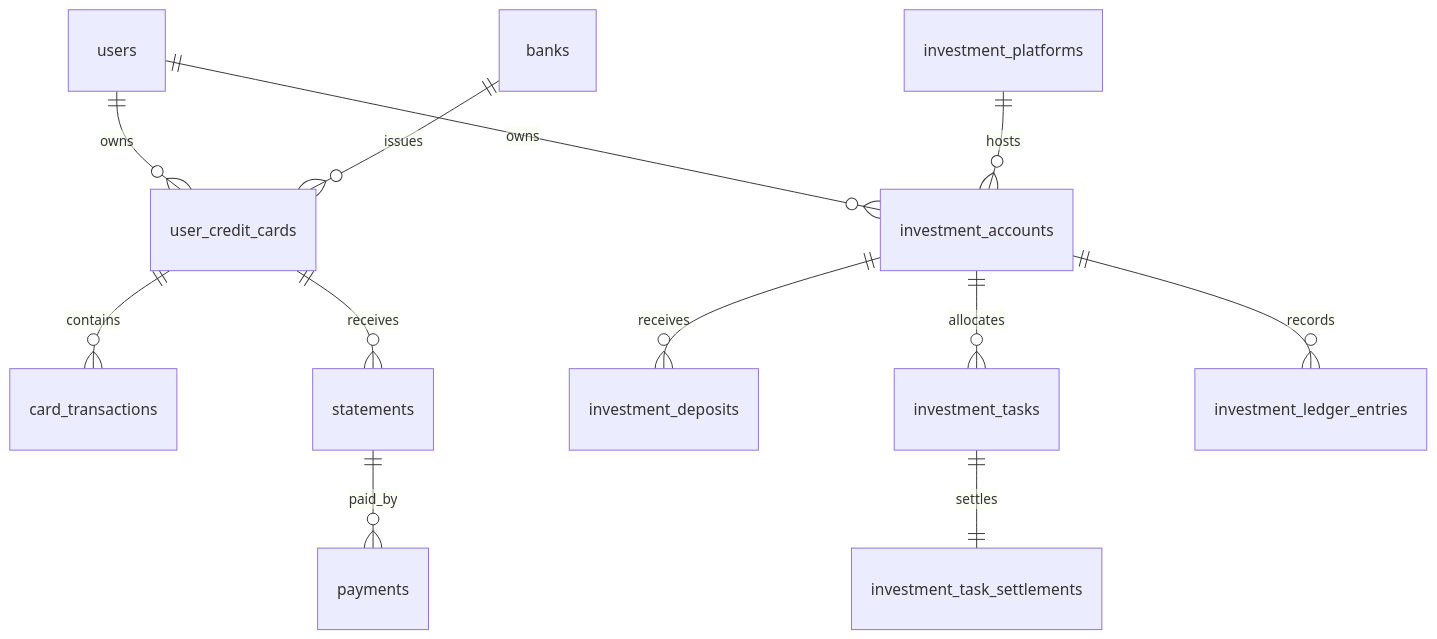
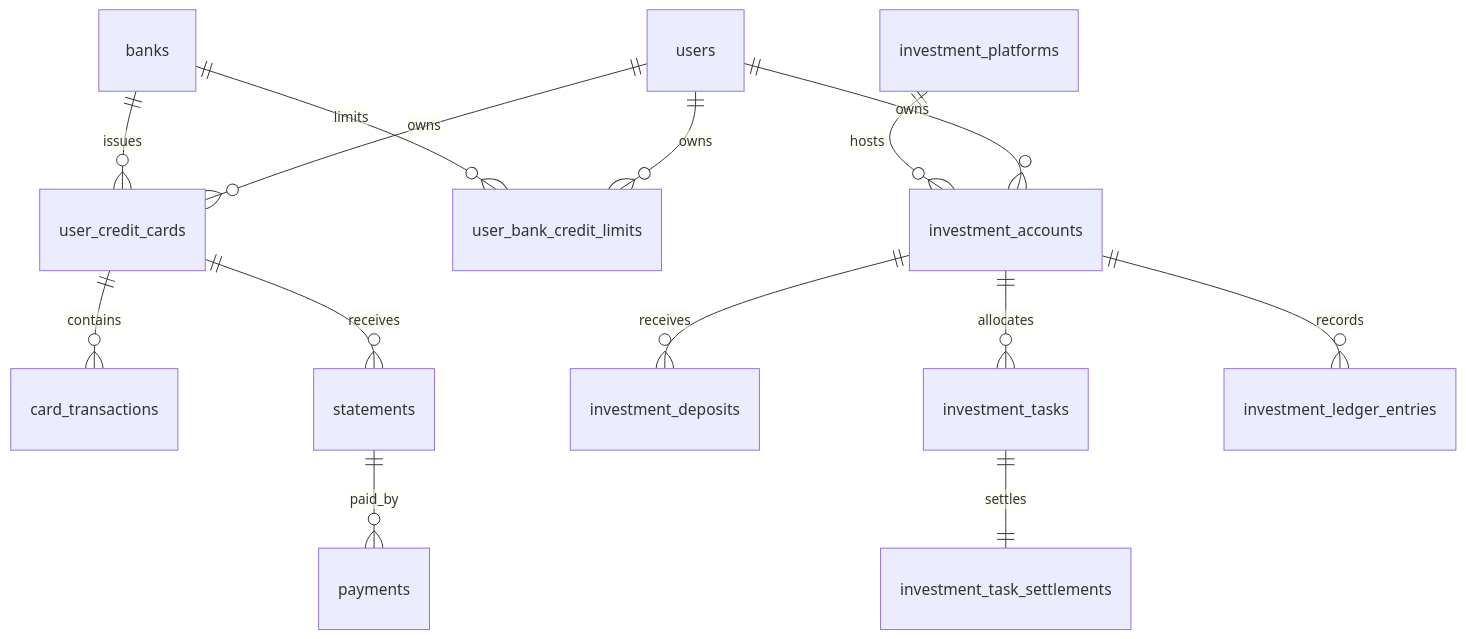
The diagram in kira-bank/docs/database/erd.md (pvhao2002/kira-app), drawn with Mermaid before and after one commit. The commit also changed other lines of this file and 94 other files, not shown here.

First line of the commit message:
feat!: overhaul credit card billing, shared limits, dashboards, and search

````diff
--- a/kira-bank/docs/database/erd.md
+++ b/kira-bank/docs/database/erd.md
@@ -3,14 +3,16 @@
 ```mermaid
 erDiagram
  users ||--o{ user_credit_cards : owns
+ users ||--o{ user_bank_credit_limits : owns
  banks ||--o{ user_credit_cards : issues
+ banks ||--o{ user_bank_credit_limits : limits
  user_credit_cards ||--o{ card_transactions : contains
  user_credit_cards ||--o{ statements : receives
  statements ||--o{ payments : paid_by
  users ||--o{ investment_accounts : owns
  investment_platforms ||--o{ investment_accounts : hosts
  investment_accounts ||--o{ investment_deposits : receives
  investment_accounts ||--o{ investment_tasks : allocates
  investment_tasks ||--|| investment_task_settlements : settles
  investment_accounts ||--o{ investment_ledger_entries : records
 ```
````
